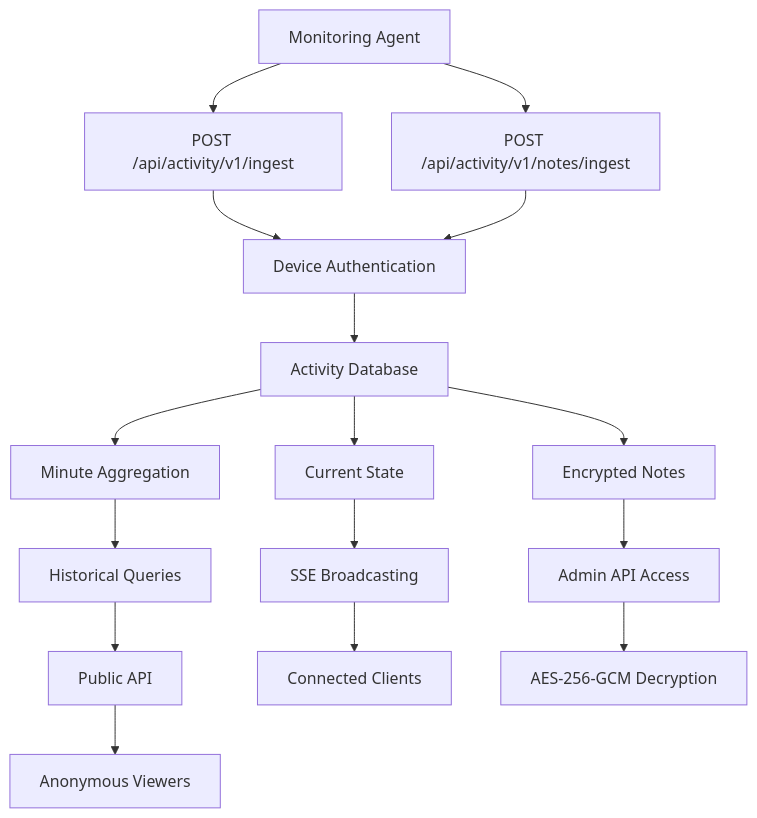
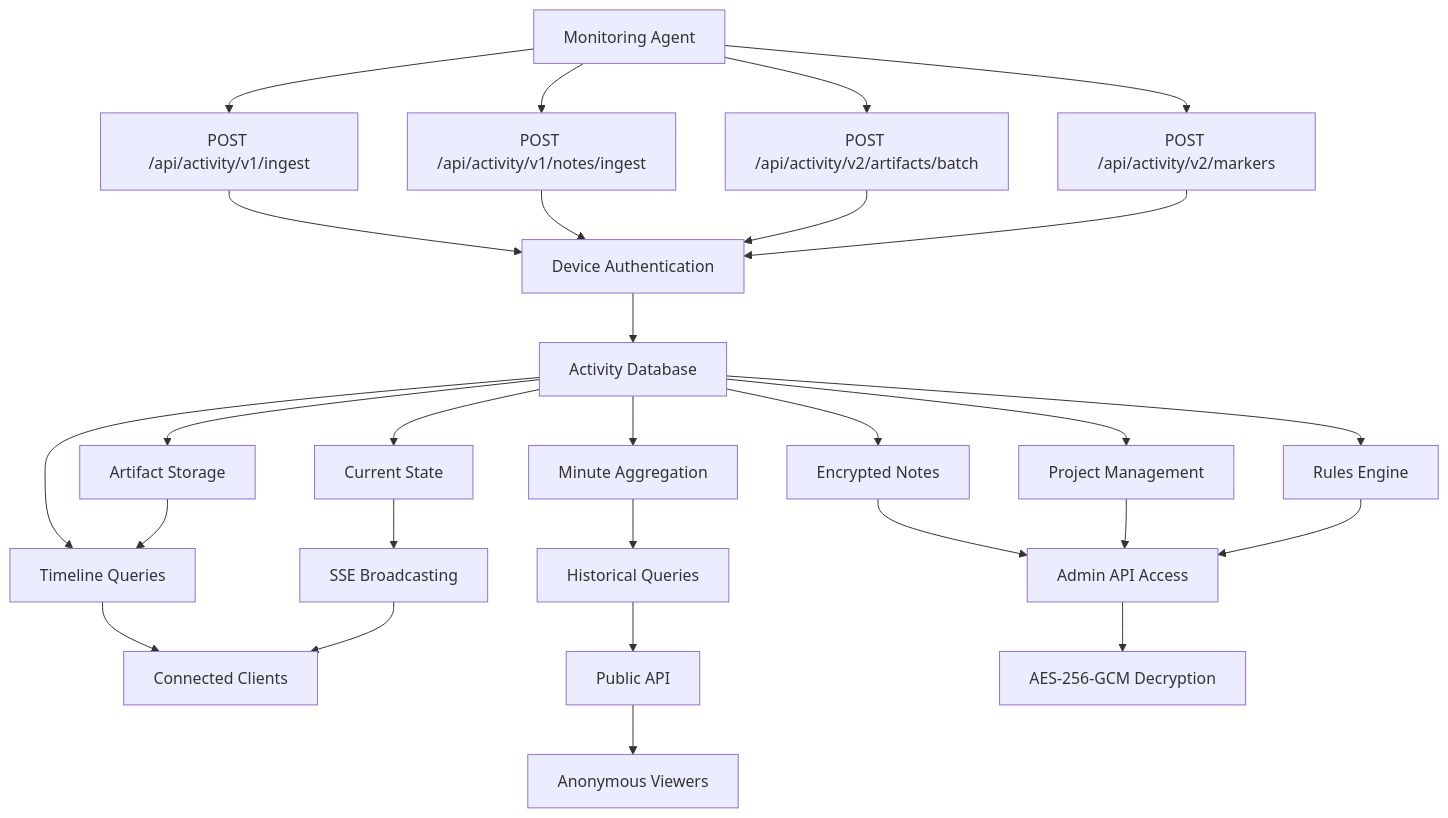
One commit to WizardJIOCb/rodion.pro changed the seventh of 8 diagrams in .qoder/repowiki/en/content/API Reference/API Reference.md. Above: the diagram before and after it, drawn with Mermaid. The commit also changed other lines of this file and 20 other files, not shown here.

````diff
--- a/.qoder/repowiki/en/content/API Reference/API Reference.md
+++ b/.qoder/repowiki/en/content/API Reference/API Reference.md
@@ -1047,18 +1221,30 @@
 ```mermaid
 flowchart TD
 Device["Monitoring Agent"] --> Ingest["POST /api/activity/v1/ingest"]
 Device --> NotesIngest["POST /api/activity/v1/notes/ingest"]
+Device --> ArtifactsBatch["POST /api/activity/v2/artifacts/batch"]
+Device --> Markers["POST /api/activity/v2/markers"]
 Ingest --> Auth["Device Authentication"]
 NotesIngest --> Auth
+ArtifactsBatch --> Auth
+Markers --> Auth
 Auth --> DB["Activity Database"]
 DB --> Agg["Minute Aggregation"]
 DB --> Now["Current State"]
 DB --> Notes["Encrypted Notes"]
+DB --> Projects["Project Management"]
+DB --> Rules["Rules Engine"]
+DB --> Artifacts["Artifact Storage"]
+DB --> Timeline["Timeline Queries"]
 Agg --> Stats["Historical Queries"]
 Now --> Stream["SSE Broadcasting"]
 Notes --> AdminAccess["Admin API Access"]
+Projects --> AdminAccess
+Rules --> AdminAccess
+Artifacts --> Timeline
+Timeline --> Clients["Connected Clients"]
 Stats --> Public["Public API"]
-Stream --> Clients["Connected Clients"]
+Stream --> Clients
 Public --> Anonymous["Anonymous Viewers"]
 AdminAccess --> Decrypt["AES-256-GCM Decryption"]
 ```
````
